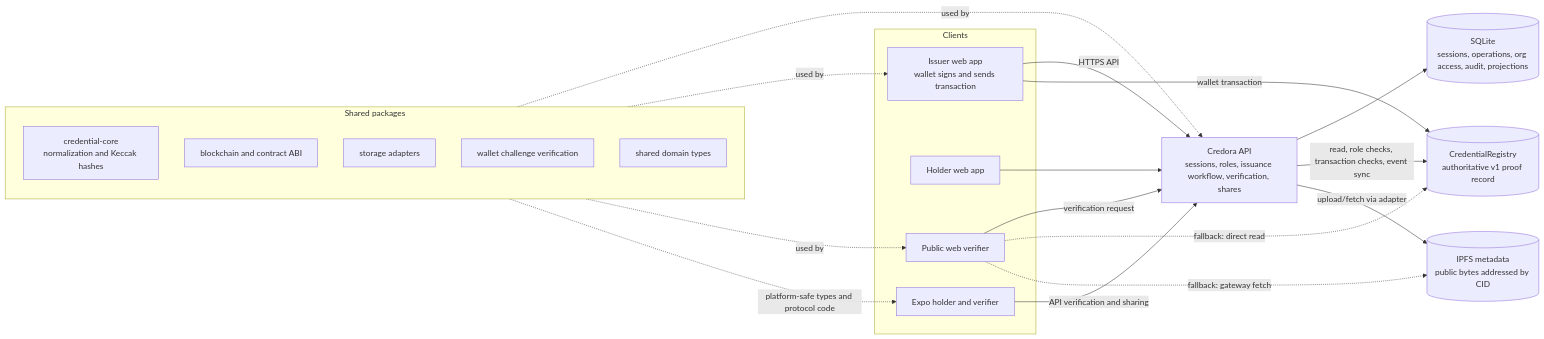
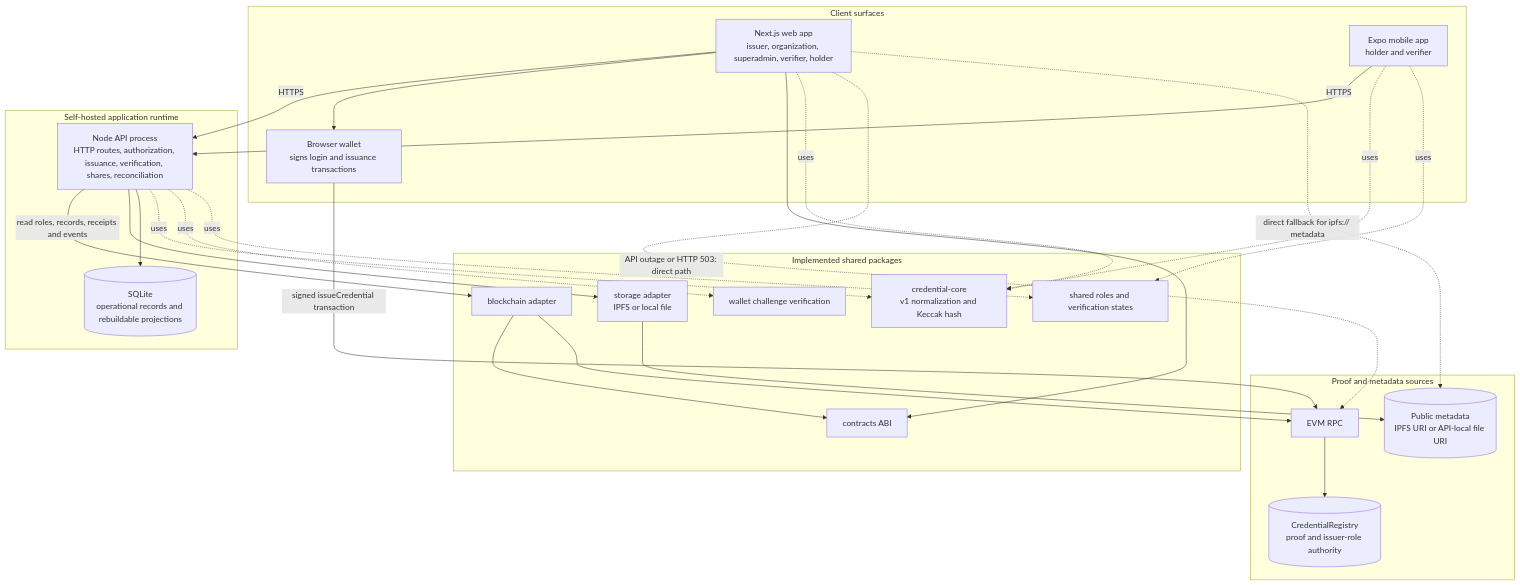
The first of 3 diagrams in presentation/content.md (vishnunathasuresh/credora), drawn with Mermaid before and after one commit. The commit also changed other lines of this file and 8 other files, not shown here.

Commit message:
docs: add implementation-grounded Mermaid architecture diagrams

````diff
--- a/presentation/content.md
+++ b/presentation/content.md
@@ -97,37 +89,49 @@
 ```mermaid
-flowchart LR
-  subgraph Clients
-    Issuer[Issuer web app<br/>wallet signs and sends transaction]
-    Holder[Holder web app]
-    Mobile[Expo holder and verifier]
-    Verifier[Public web verifier]
+flowchart TB
+  subgraph Clients[Client surfaces]
+    Web[Next.js web app<br/>issuer, organization, superadmin, verifier, holder]
+    Mobile[Expo mobile app<br/>holder and verifier]
+    Wallet[Browser wallet<br/>signs login and issuance transactions]
   end
 
-  subgraph Shared[Shared packages]
-    Core[credential-core<br/>normalization and Keccak hashes]
-    Chain[blockchain and contract ABI]
-    Storage[storage adapters]
+  subgraph AppPackages[Implemented shared packages]
+    Core[credential-core<br/>v1 normalization and Keccak hash]
+    Chain[blockchain adapter]
+    Abi[contracts ABI]
+    Storage[storage adapter<br/>IPFS or local file]
     Auth[wallet challenge verification]
-    Types[shared domain types]
+    Shared[shared roles and verification states]
   end
 
-  API[Credora API<br/>sessions, roles, issuance workflow, verification, shares]
-  DB[(SQLite<br/>sessions, operations, org access, audit, projections)]
-  Registry[(CredentialRegistry<br/>authoritative v1 proof record)]
-  Metadata[(IPFS metadata<br/>public bytes addressed by CID)]
+  subgraph Runtime[Self-hosted application runtime]
+    API[Node API process<br/>HTTP routes, authorization, issuance, verification, shares, reconciliation]
+    DB[(SQLite<br/>operational records and rebuildable projections)]
+  end
 
-  Issuer -->|HTTPS API| API
-  Issuer -->|wallet transaction| Registry
-  Holder --> API
-  Mobile -->|API verification and sharing| API
-  Verifier -->|verification request| API
-  Verifier -.->|fallback: direct read| Registry
-  Verifier -.->|fallback: gateway fetch| Metadata
+  subgraph ProofSources[Proof and metadata sources]
+    RPC[EVM RPC]
+    Registry[(CredentialRegistry<br/>proof and issuer-role authority)]
+    Metadata[(Public metadata<br/>IPFS URI or API-local file URI)]
+  end
+
+  Web -->|HTTPS| API
+  Mobile -->|HTTPS| API
+  Web --> Wallet
+  Wallet -->|signed issueCredential transaction| RPC
+  API -->|read roles, records, receipts and events| Chain
+  Chain --> Abi
+  Chain --> RPC
+  Web --> Abi
+  RPC --> Registry
+  API --> Storage
+  Storage --> Metadata
   API --> DB
-  API -->|read, role checks, transaction checks, event sync| Registry
-  API -->|upload/fetch via adapter| Metadata
-  Shared -. used by .-> API
-  Shared -. used by .-> Issuer
-  Shared -. used by .-> Verifier
-  Shared -. platform-safe types and protocol code .-> Mobile
+  API -. uses .-> Core
+  API -. uses .-> Auth
+  API -. uses .-> Shared
+  Web -. uses .-> Core
+  Mobile -. uses .-> Core
+  Mobile -. uses .-> Shared
+  Web -. API outage or HTTP 503: direct path .-> RPC
+  Web -. direct fallback for ipfs:// metadata .-> Metadata
 ```
````
